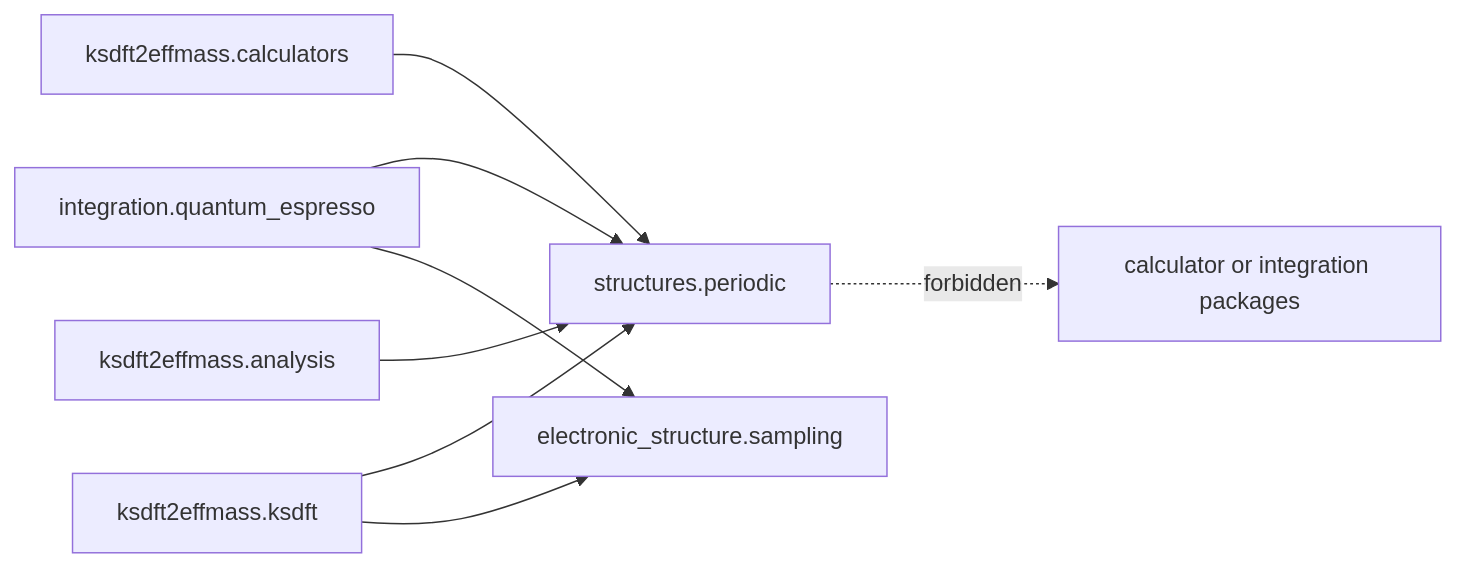
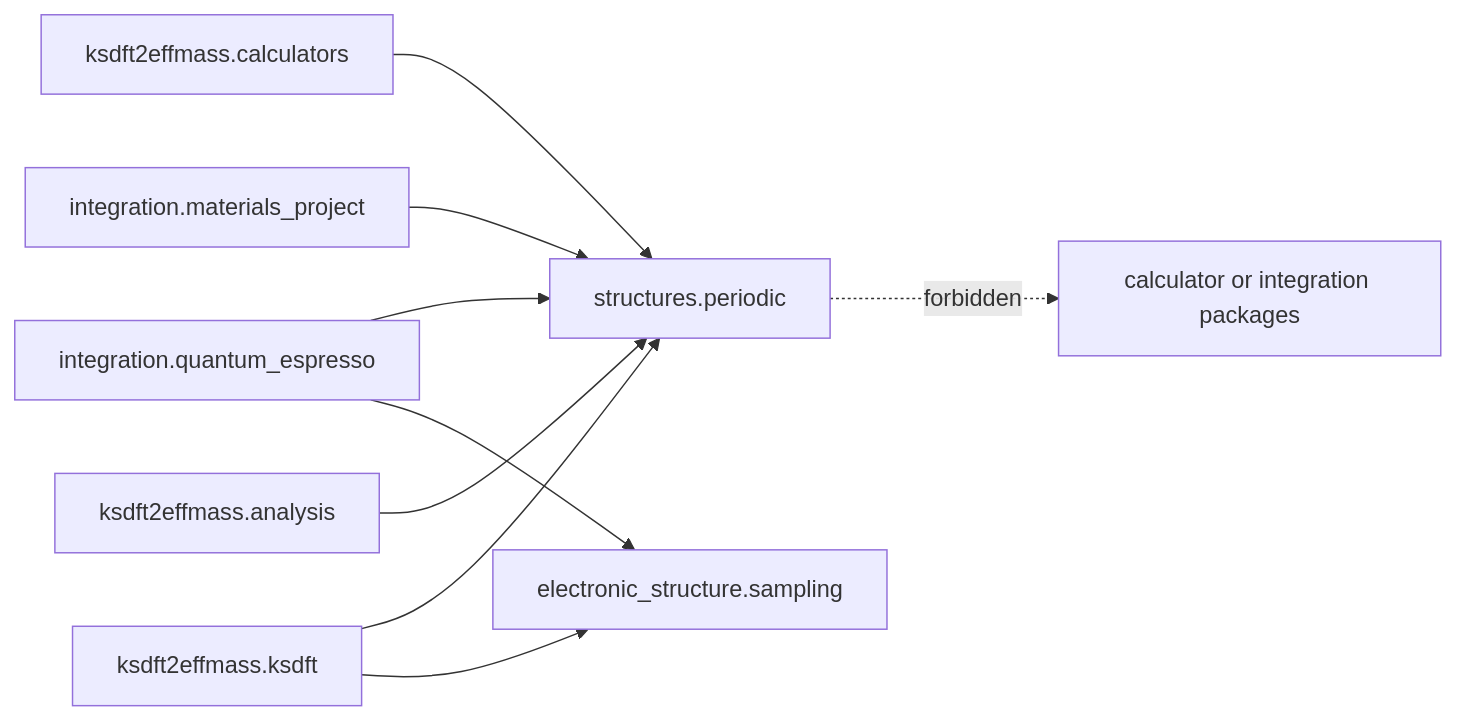
Before and after one commit to eragasa/ksdft2effmass: the diagram in docs/architecture/v2/ksdft2effmass/structures/periodic.md, drawn with Mermaid. The commit also changed other lines of this file and 467 other files, not shown here.

````diff
--- a/docs/architecture/v2/ksdft2effmass/structures/periodic.md
+++ b/docs/architecture/v2/ksdft2effmass/structures/periodic.md
@@ -9,10 +9,11 @@
 ```mermaid
 flowchart LR
     calculators["ksdft2effmass.calculators"] --> structures["structures.periodic"]
     integration["integration.quantum_espresso"] --> structures
+    materials_project["integration.materials_project"] --> structures
     ksdft["ksdft2effmass.ksdft"] --> structures
     analysis["ksdft2effmass.analysis"] --> structures
     integration --> sampling["electronic_structure.sampling"]
     ksdft --> sampling
     structures -. forbidden .-> calculator_specific["calculator or integration packages"]
 ```
````
